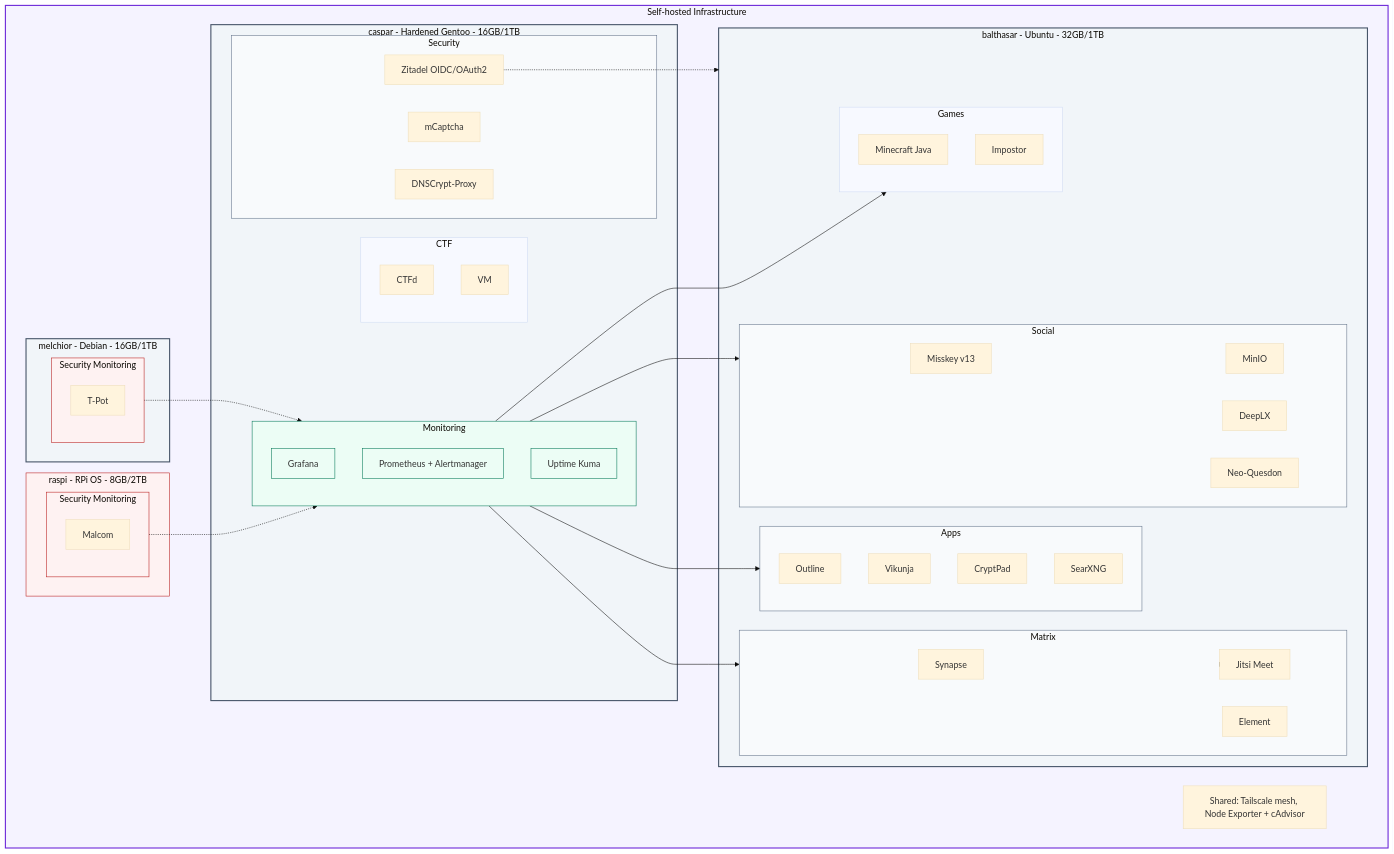
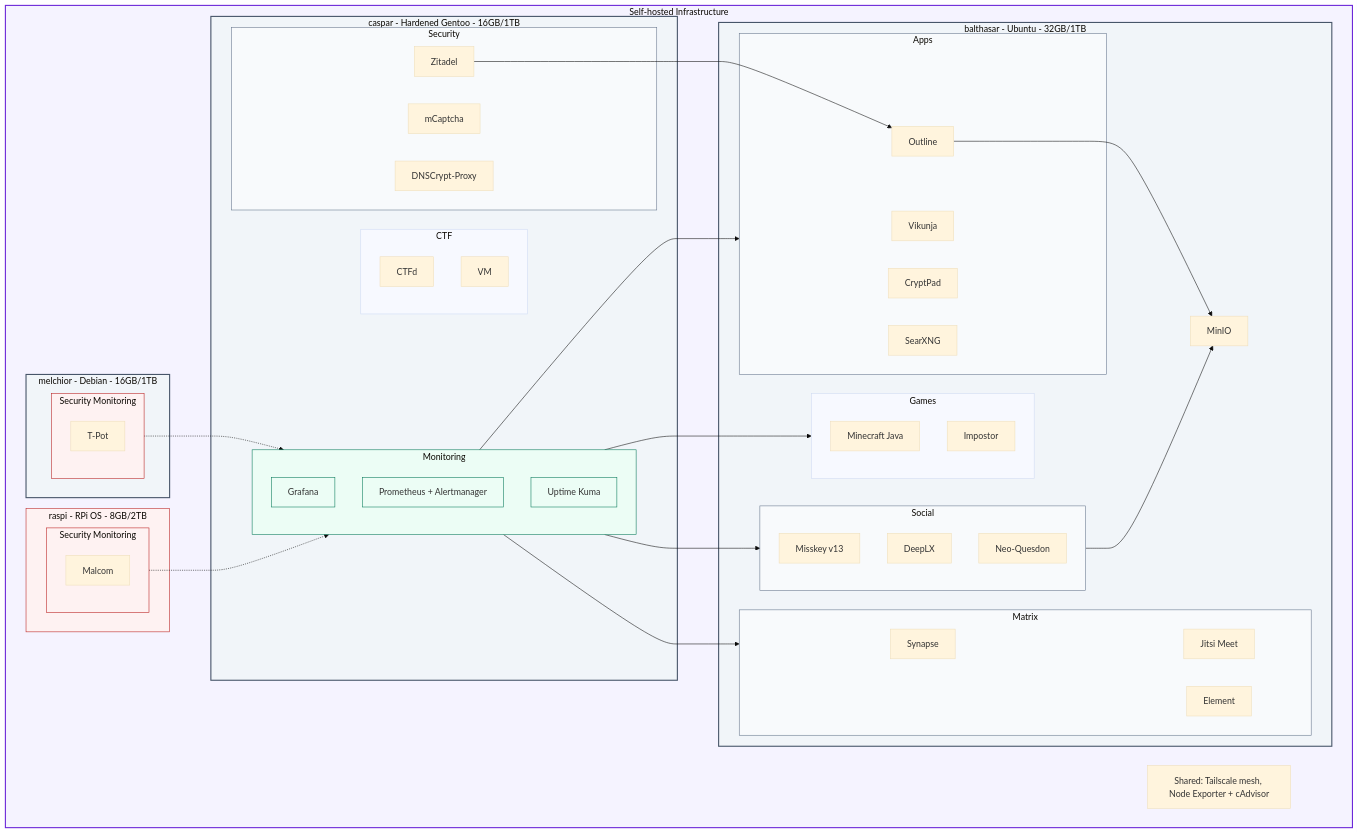
One commit to yamisskey-dev/hosted-list changed the diagram in README.md. Above: the diagram before and after it, drawn with Mermaid (base theme).

````diff
--- a/README.md
+++ b/README.md
@@ -3,75 +3,76 @@
 ```mermaid
 graph TB
     %% Style definitions
     classDef homeServer fill:#f1f5f9,stroke:#475569,stroke-width:2px
     classDef service fill:#f8fafc,stroke:#64748b,stroke-width:1px
     classDef monitoring fill:#ecfdf5,stroke:#047857,stroke-width:1px
     classDef security fill:#fef2f2,stroke:#b91c1c,stroke-width:1px
     classDef network fill:#f5f3ff,stroke:#6d28d9,stroke-width:2px
     subgraph tailscale[Self-hosted Infrastructure]
         subgraph caspar[caspar - Hardened Gentoo - 16GB/1TB]
             subgraph security[Security]
-                zitadel[Zitadel OIDC/OAuth2]
+                zitadel[Zitadel]
                 mcaptcha[mCaptcha]
                 dnscrypt-proxy[DNSCrypt-Proxy]
             end
             subgraph monitoring[Monitoring]
                 grafana[Grafana]
                 prometheus[Prometheus + Alertmanager]
                 uptime[Uptime Kuma]
             end
             subgraph CTF[CTF]
                 ctfd[CTFd]
                 browser-vm[VM]
             end
         end
         subgraph balthasar[balthasar - Ubuntu - 32GB/1TB]
+            minio[MinIO]
             subgraph social[Social]
                 misskey[Misskey v13]
-                minio[MinIO]
                 deeplx[DeepLX]
                 neoquesdon[Neo-Quesdon]
             end
             subgraph matrix[Matrix]
                 synapse[Synapse]
                 element[Element]
                 jitsi[Jitsi Meet]
             end
             subgraph apps[Apps]
                 outline[Outline]
                 vikunja[Vikunja]
                 cryptpad[CryptPad]
                 searxng[SearXNG]
             end
             subgraph games[Games]
                 minecraft[Minecraft Java]
                 impostor[Impostor]
             end
         end
         subgraph melchior[melchior - Debian - 16GB/1TB]
             subgraph nsm[Security Monitoring]
                 tpot[T-Pot]
             end
         end
         subgraph raspi[raspi - RPi OS - 8GB/2TB]
             subgraph nsm2[Security Monitoring]
                 malcom[Malcom]
             end
         end
         %% Dependencies
-        zitadel -.-> balthasar
+        zitadel --> outline
         nsm -.-> monitoring
         nsm2 -.-> monitoring
         monitoring --> social & matrix & apps & games
         social --> minio
+        outline --> minio
         matrix --> jitsi
         %% Note
         note["Shared: Tailscale mesh, Node Exporter + cAdvisor"]
     end
     %% Apply styles
     class caspar,balthasar,melchior homeServer
     class security,social,matrix,apps service
     class monitoring,prometheus,grafana,uptime monitoring
     class raspi,nsm,nsm2 security
     class tailscale network
 ```
````
